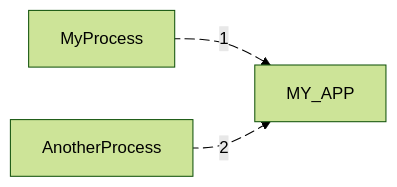
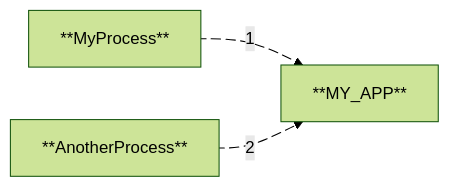
One commit to nuremics/nuremics changed the fourth of 7 diagrams in README.md. Above: the diagram before and after it, drawn with Mermaid (forest theme). The commit also changed other lines of this file, not shown here.

````diff
--- a/README.md
+++ b/README.md
@@ -159,7 +159,7 @@
 ```mermaid
 flowchart LR
-  MyProcess e1@--1--> MY_APP
-  AnotherProcess e2@--2--> MY_APP
+  **MyProcess** e1@--1--> **MY_APP**
+  **AnotherProcess** e2@--2--> **MY_APP**
   e1@{ animate: true }
   e2@{ animate: true }
 ```
````
